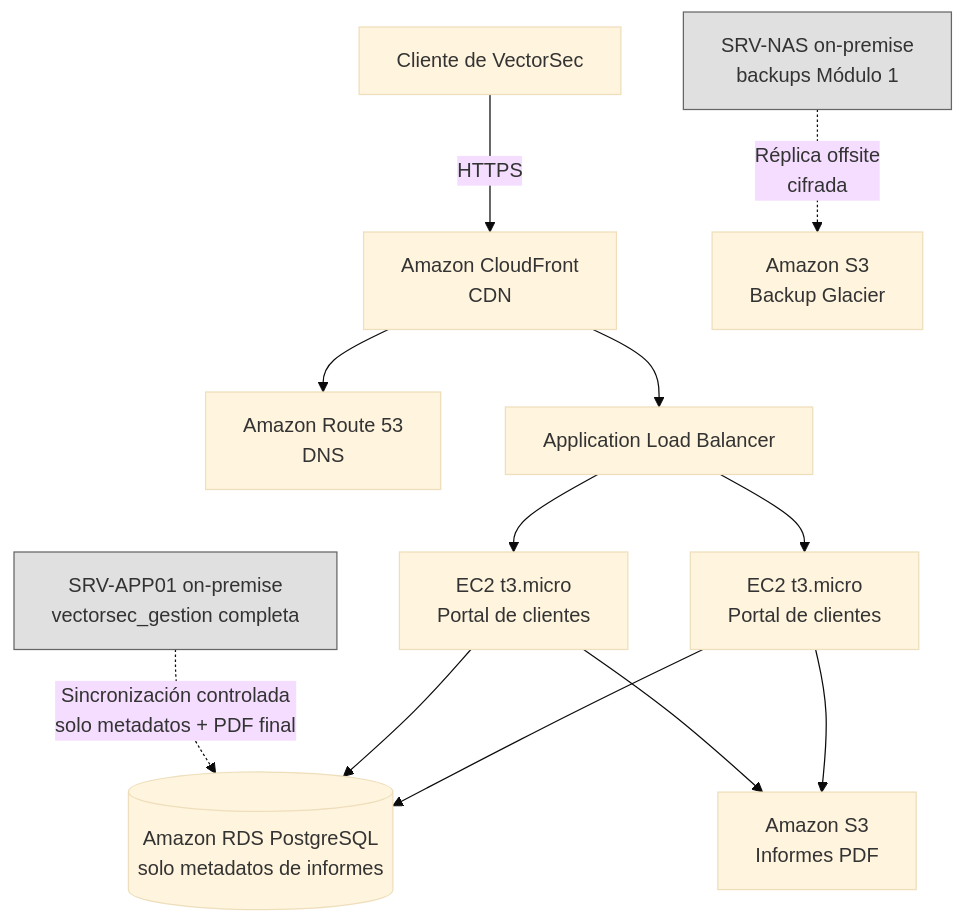
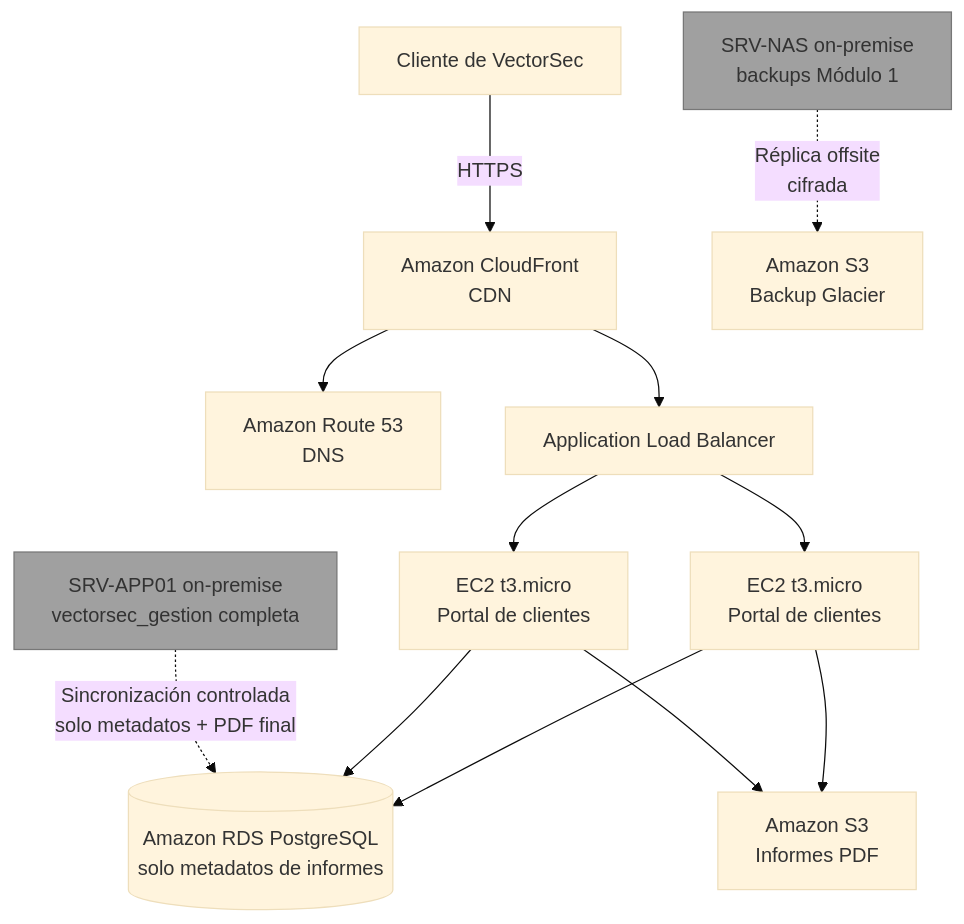
One commit to GabTS75/vectorsec-project changed the diagram in modulo6-cloud-aws/README.md. Above: the diagram before and after it, drawn with Mermaid (base theme).

Commit message:
Readme Ok

````diff
--- a/modulo6-cloud-aws/README.md
+++ b/modulo6-cloud-aws/README.md
@@ -44,18 +44,18 @@
 ```mermaid
 flowchart TD
     U[Cliente de VectorSec] -->|HTTPS| CF[Amazon CloudFront<br/>CDN]
     CF --> R53[Amazon Route 53<br/>DNS]
     CF --> ALB[Application Load Balancer]
     ALB --> EC2A[EC2 t3.micro<br/>Portal de clientes]
     ALB --> EC2B[EC2 t3.micro<br/>Portal de clientes]
     EC2A --> RDS[(Amazon RDS PostgreSQL<br/>solo metadatos de informes)]
     EC2B --> RDS
     EC2A --> S3R[Amazon S3<br/>Informes PDF]
     EC2B --> S3R
 
     ONPREM[SRV-APP01 on-premise<br/>vectorsec_gestion completa] -.->|Sincronización controlada<br/>solo metadatos + PDF final| RDS
     NAS[SRV-NAS on-premise<br/>backups Módulo 1] -.->|Réplica offsite<br/>cifrada| S3B[Amazon S3<br/>Backup Glacier]
 
-    style ONPREM fill:#e0e0e0,stroke:#666
-    style NAS fill:#e0e0e0,stroke:#666
+    style ONPREM fill:#a0a0a0,stroke:#777
+    style NAS fill:#a0a0a0,stroke:#777
 ```
````
